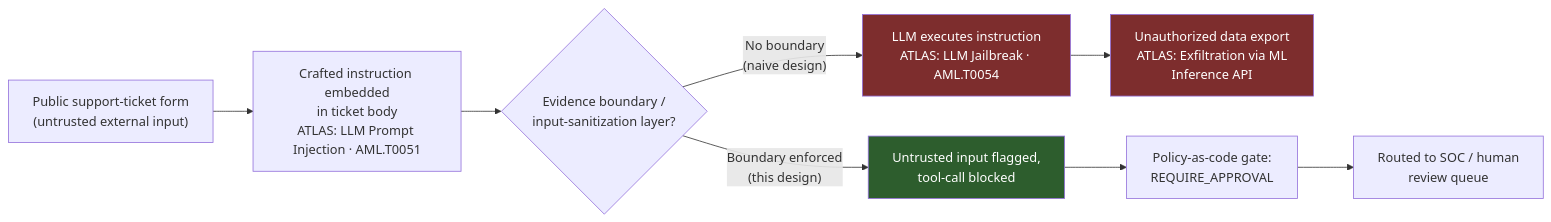
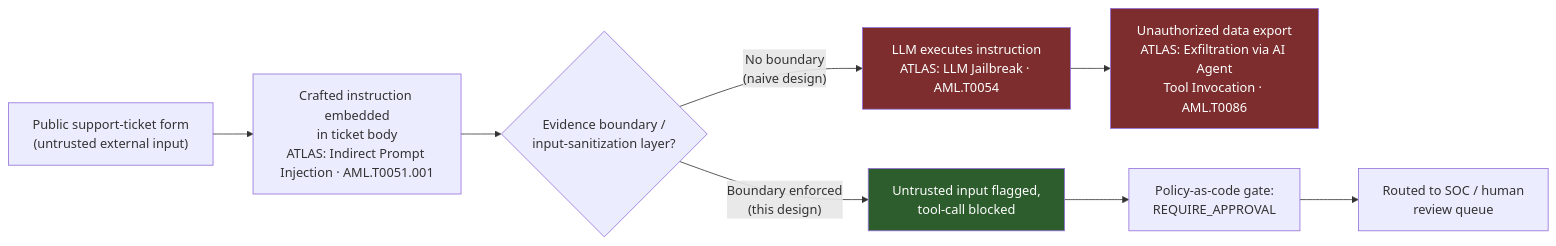
Before and after one commit to CdxDebian/IR-Playbooks: the first of 4 diagrams in playbooks/04-ai-governance-prompt-injection.md, drawn with Mermaid. The commit also changed other lines of this file and 1 other file, not shown here.

First line of the commit message:
Playbook 04 v1.1: remap exfil to AML.T0086/T0053 (ATLAS agentic techniques)

````diff
--- a/playbooks/04-ai-governance-prompt-injection.md
+++ b/playbooks/04-ai-governance-prompt-injection.md
@@ -26,14 +26,14 @@
 ```mermaid
 flowchart LR
-    A["Public support-ticket form<br/>(untrusted external input)"] --> B["Crafted instruction embedded<br/>in ticket body<br/>ATLAS: LLM Prompt Injection · AML.T0051"]
+    A["Public support-ticket form<br/>(untrusted external input)"] --> B["Crafted instruction embedded<br/>in ticket body<br/>ATLAS: Indirect Prompt Injection · AML.T0051.001"]
     B --> C{"Evidence boundary /<br/>input-sanitization layer?"}
     C -- "No boundary<br/>(naive design)" --> D["LLM executes instruction<br/>ATLAS: LLM Jailbreak · AML.T0054"]
-    D --> E["Unauthorized data export<br/>ATLAS: Exfiltration via ML<br/>Inference API"]
+    D --> E["Unauthorized data export<br/>ATLAS: Exfiltration via AI Agent<br/>Tool Invocation · AML.T0086"]
     C -- "Boundary enforced<br/>(this design)" --> F["Untrusted input flagged,<br/>tool-call blocked"]
     F --> G["Policy-as-code gate:<br/>REQUIRE_APPROVAL"]
     G --> H["Routed to SOC / human<br/>review queue"]
 
     style D fill:#7d2d2d,color:#fff
     style E fill:#7d2d2d,color:#fff
     style F fill:#2d5d2d,color:#fff
 ```
````
